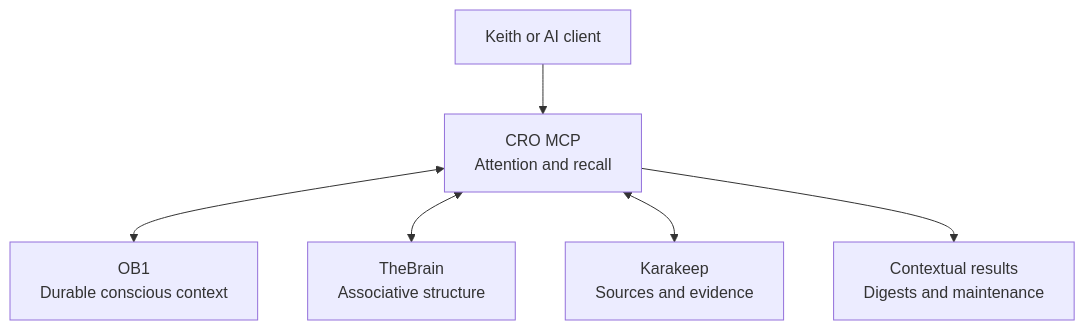
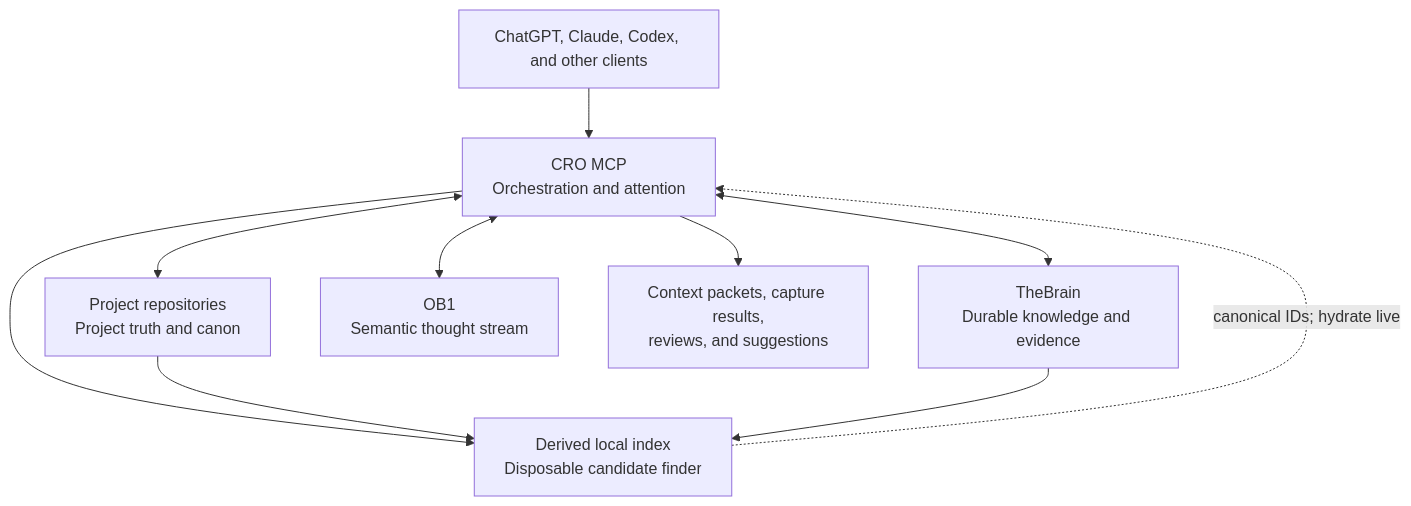
Before and after one commit to KeithBarrows/Cognitive-Research-Orchestrator: the diagram in docs/architecture/01-cognitive-model.mmd, drawn with Mermaid. The commit also changed 13 other files, not shown here.

First line of the commit message:
📐 Establish CRO architecture and capability baseline

```diff
--- a/docs/architecture/01-cognitive-model.mmd
+++ b/docs/architecture/01-cognitive-model.mmd
@@ -1,6 +1,10 @@
 flowchart TD
-    U["Keith or AI client"] --> M["CRO MCP<br/>Attention and recall"]
-    M <--> O["OB1<br/>Durable conscious context"]
-    M <--> T["TheBrain<br/>Associative structure"]
-    M <--> K["Karakeep<br/>Sources and evidence"]
-    M --> R["Contextual results<br/>Digests and maintenance"]
+    C["ChatGPT, Claude, Codex, and other clients"] --> M["CRO MCP<br/>Orchestration and attention"]
+    M <--> R["Project repositories<br/>Project truth and canon"]
+    M <--> T["TheBrain<br/>Durable knowledge and evidence"]
+    M <--> O["OB1<br/>Semantic thought stream"]
+    M --> I["Derived local index<br/>Disposable candidate finder"]
+    R --> I
+    T --> I
+    I -. "canonical IDs; hydrate live" .-> M
+    M --> X["Context packets, capture results,<br/>reviews, and suggestions"]
```
